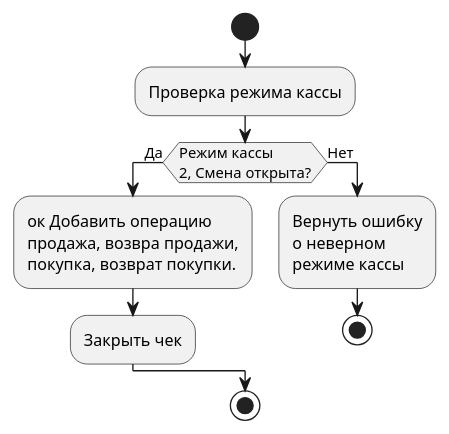
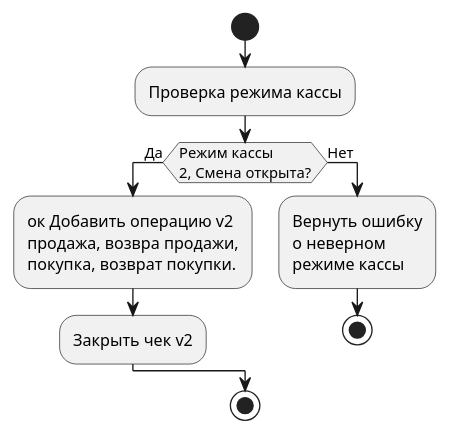
The diagram in docs/sample.puml (re-star-ru/shtrih-m-driver), drawn with PlantUML before and after one commit. The commit also changed 7 other files, not shown here.

```diff
--- a/docs/sample.puml
+++ b/docs/sample.puml
@@ -1,22 +1,22 @@
 @startuml
 
 start
 
 :Проверка режима кассы;
 
 if (Режим кассы
 2, Смена открыта?) then (Да)
-  :ок Добавить операцию
+  :ок Добавить операцию v2
   продажа, возвра продажи,
   покупка, возврат покупки.;
-  :Закрыть чек;
+  :Закрыть чек v2;
 else (Нет)
   :Вернуть ошибку
   о неверном
   режиме кассы;
   stop
 endif
 
 stop
 
 @enduml
```
